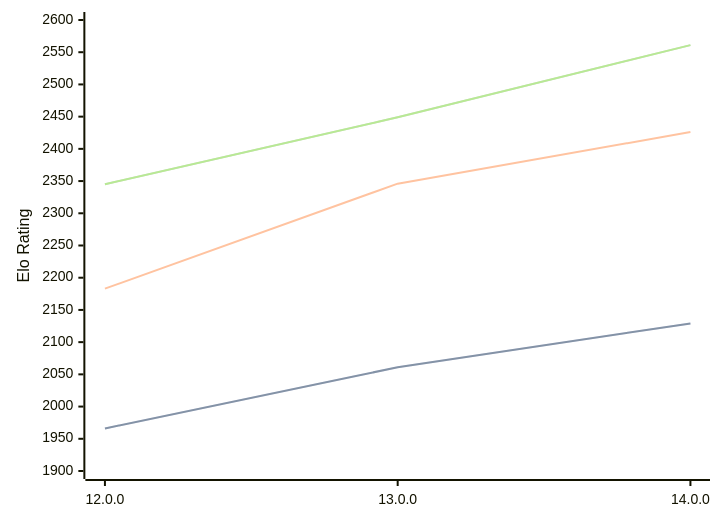
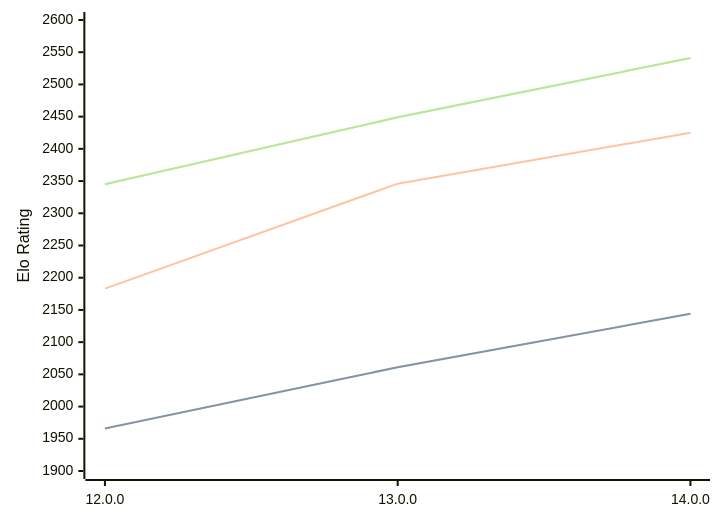
The diagram in engines/Cepimetheus.md (computer-chess-index/cci), drawn with Mermaid before and after one commit. The commit also changed other lines of this file, not shown here.

Commit message:
Update CCI Ratings (ELO VLTC) - 2026-08-01

````diff
--- a/engines/Cepimetheus.md
+++ b/engines/Cepimetheus.md
@@ -65,11 +65,11 @@
 ```mermaid
 %%{init: {"theme":"base","themeVariables":{"seriesColors:['#a3a3a3','#222221','#faa371']}}}%%
 xychart-beta
   x-axis ["12.0.0", "13.0.0", "14.0.0"]
   y-axis "Elo Rating" 1900 --> 2600
-  line "STC (8.0+0.08s)" [1966, 2061, 2129]
-  line "STC (8.0+0.08s)" [1966, 2061, 2129]
-  line "LTC (60.0+0.60s)" [2183, 2346, 2426]
-  line "VLTC (2m24s+1.12s)" [2345, 2449, 2561]
-  line "VLTC (2m24s+1.12s)" [2345, 2449, 2561]
+  line "STC (8.0+0.08s)" [1966, 2061, 2144]
+  line "STC (8.0+0.08s)" [1966, 2061, 2144]
+  line "LTC (60.0+0.60s)" [2183, 2346, 2425]
+  line "VLTC (2m24s+1.12s)" [2345, 2449, 2541]
+  line "VLTC (2m24s+1.12s)" [2345, 2449, 2541]
 ```
````
